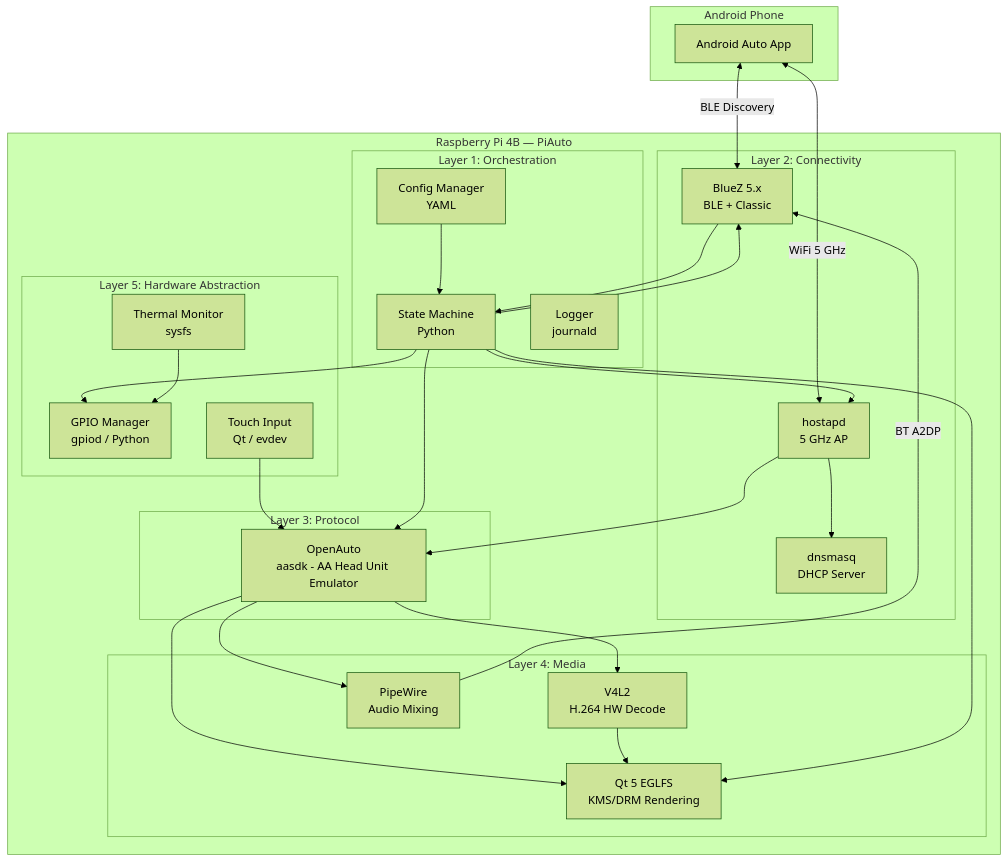
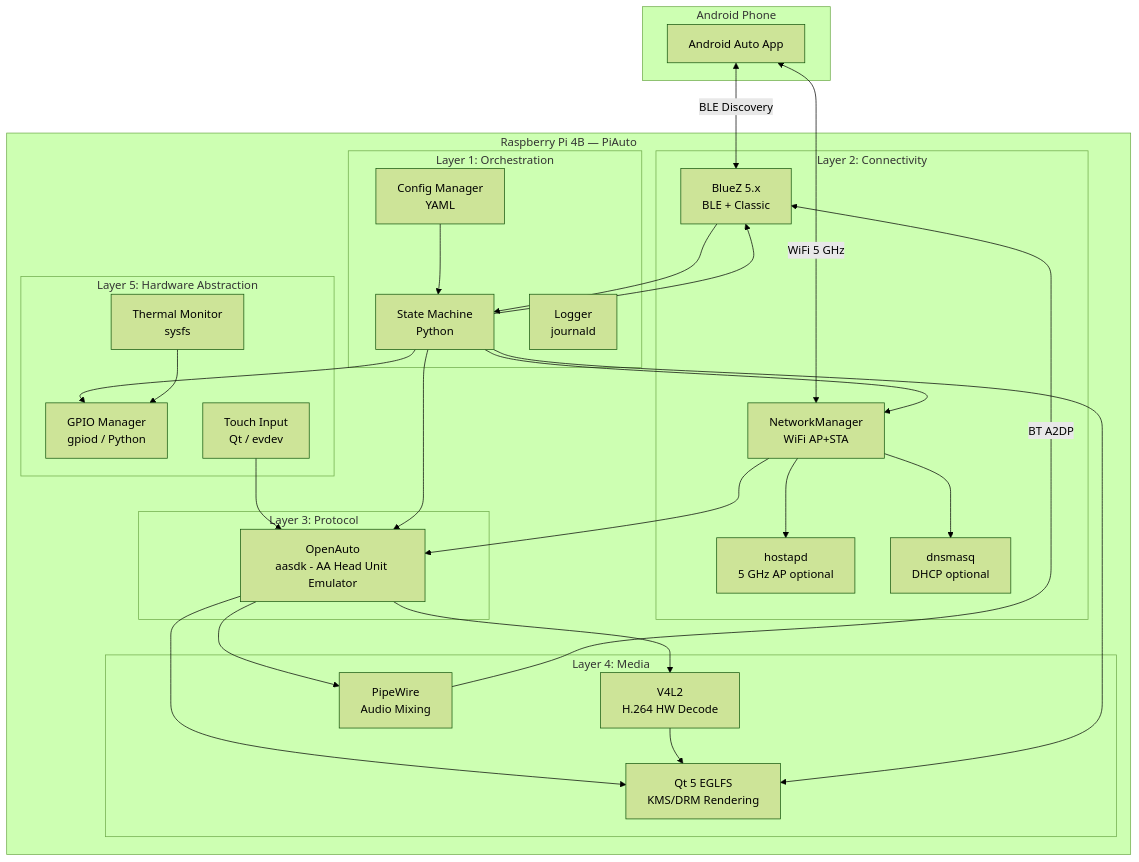
One commit to AndrewGraydon/PiAuto changed the second of 2 diagrams in docs/Architecture.md. Above: the diagram before and after it, drawn with Mermaid (forest theme). The commit also changed other lines of this file and 5 other files, not shown here.

````diff
--- a/docs/Architecture.md
+++ b/docs/Architecture.md
@@ -53,55 +53,57 @@
 ```mermaid
 graph TD
     subgraph "Android Phone"
         AA[Android Auto App]
     end
 
     subgraph "Raspberry Pi 4B — PiAuto"
         subgraph "Layer 1: Orchestration"
             SM[State Machine<br/>Python]
             CFG[Config Manager<br/>YAML]
             LOG[Logger<br/>journald]
         end
 
         subgraph "Layer 2: Connectivity"
             BZ[BlueZ 5.x<br/>BLE + Classic]
-            HA[hostapd<br/>5 GHz AP]
-            DHCP[dnsmasq<br/>DHCP Server]
+            NM[NetworkManager<br/>WiFi AP+STA]
+            HA[hostapd<br/>5 GHz AP optional]
+            DHCP[dnsmasq<br/>DHCP optional]
         end
 
         subgraph "Layer 3: Protocol"
             OA[OpenAuto<br/>aasdk - AA Head Unit Emulator]
         end
 
         subgraph "Layer 4: Media"
             QT[Qt 5 EGLFS<br/>KMS/DRM Rendering]
             V4L2[V4L2<br/>H.264 HW Decode]
             PW[PipeWire<br/>Audio Mixing]
         end
 
         subgraph "Layer 5: Hardware Abstraction"
             GPIO[GPIO Manager<br/>gpiod / Python]
             TOUCH[Touch Input<br/>Qt / evdev]
             TEMP[Thermal Monitor<br/>sysfs]
         end
     end
 
     AA <-->|BLE Discovery| BZ
-    AA <-->|WiFi 5 GHz| HA
-    HA --> DHCP
+    AA <-->|WiFi 5 GHz| NM
+    NM --> HA
+    NM --> DHCP
     BZ --> SM
-    HA --> OA
+    NM --> OA
     OA --> V4L2
     OA --> PW
     OA --> QT
     V4L2 --> QT
     PW -->|BT A2DP| BZ
     TOUCH --> OA
     SM --> BZ
-    SM --> HA
+    SM --> NM
     SM --> OA
     SM --> GPIO
     SM --> QT
     TEMP --> GPIO
     CFG --> SM
 ```
````
